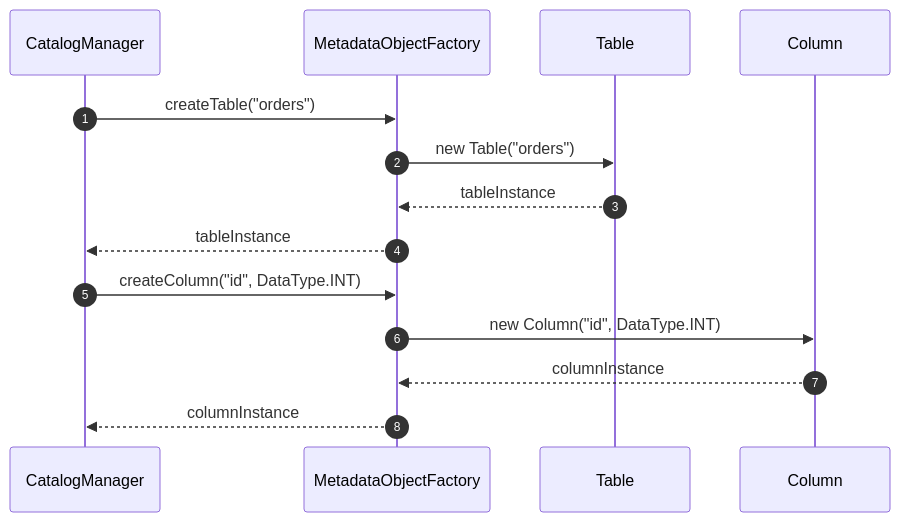
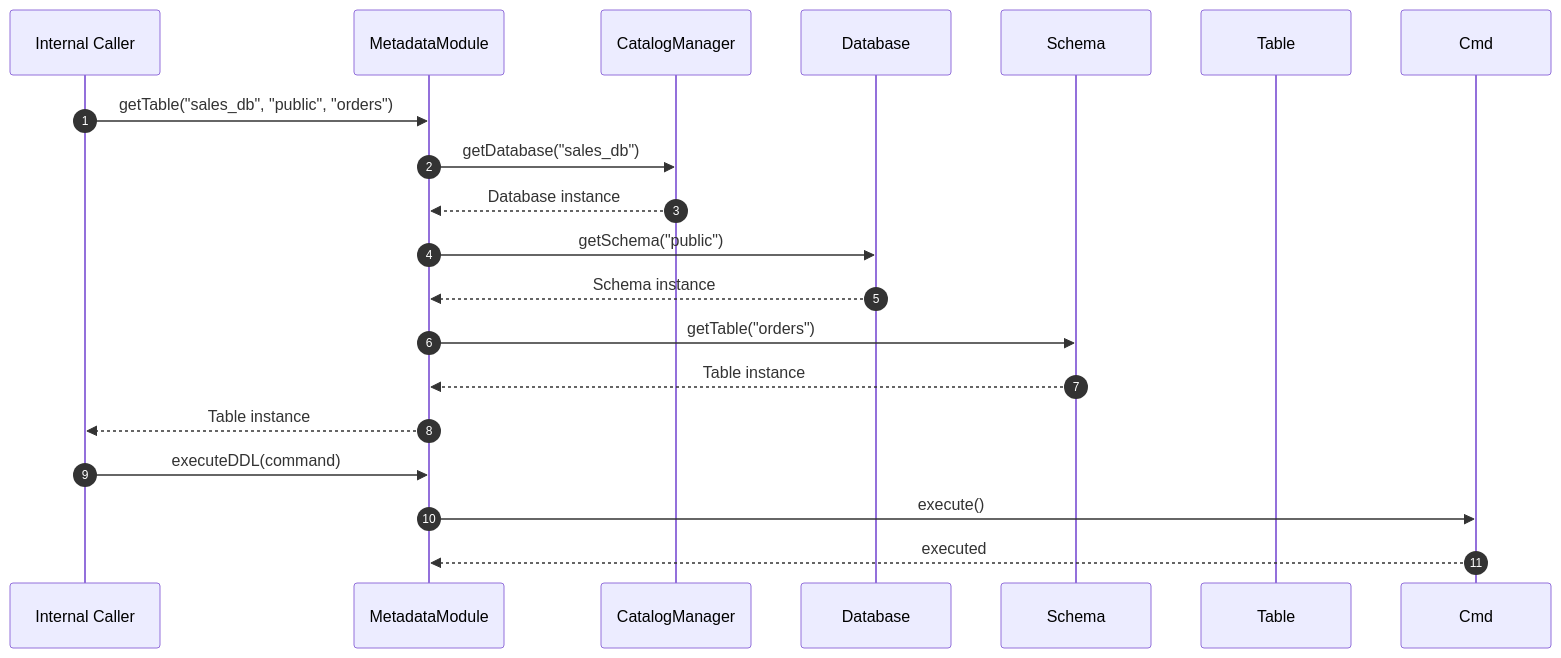
One commit to Dikhang1112/Database_Management_BBV changed the second of 15 diagrams in docs/design_patterns/metadata/Sequece.md. Above: the diagram before and after it, drawn with Mermaid. The commit also changed other lines of this file and 2 other files, not shown here.

Commit message:
Refactor class diagram follow desgin pattern and document

````diff
--- a/docs/design_patterns/metadata/Sequece.md
+++ b/docs/design_patterns/metadata/Sequece.md
@@ -53,18 +34,23 @@
 ```mermaid
 sequenceDiagram
     autonumber
+    participant Caller as Internal Caller
+    participant Facade as MetadataModule
     participant CM as CatalogManager
-    participant Factory as MetadataObjectFactory
+    participant DB as Database
+    participant Schema as Schema
     participant Table as Table
-    participant Column as Column
 
-    CM->>Factory: createTable("orders")
-    Factory->>Table: new Table("orders")
-    Table-->>Factory: tableInstance
-    Factory-->>CM: tableInstance
+    Caller->>Facade: getTable("sales_db", "public", "orders")
+    Facade->>CM: getDatabase("sales_db")
+    CM-->>Facade: Database instance
+    Facade->>DB: getSchema("public")
+    DB-->>Facade: Schema instance
+    Facade->>Schema: getTable("orders")
+    Schema-->>Facade: Table instance
+    Facade-->>Caller: Table instance
 
-    CM->>Factory: createColumn("id", DataType.INT)
-    Factory->>Column: new Column("id", DataType.INT)
-    Column-->>Factory: columnInstance
-    Factory-->>CM: columnInstance
+    Caller->>Facade: executeDDL(command)
+    Facade->>Cmd: execute()
+    Cmd-->>Facade: executed
 ```
````
